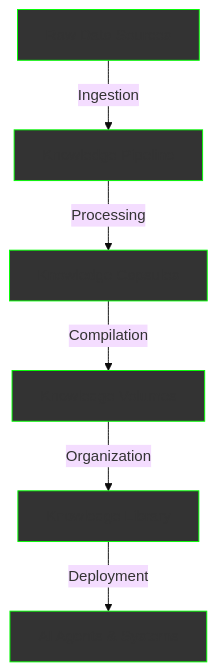
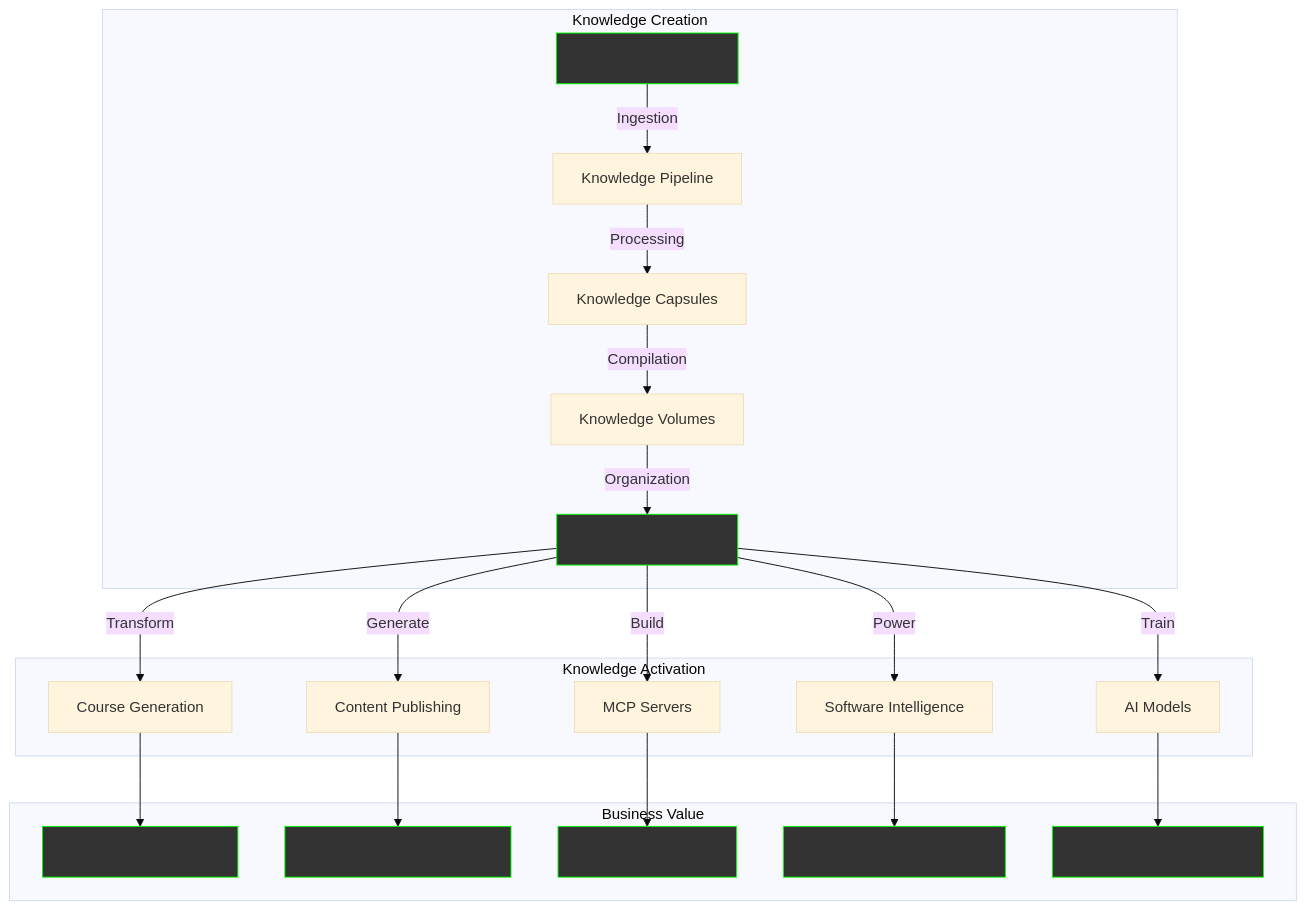
The first of 2 diagrams in content/en/business/services/_index.md (aimatrix/amx-docs), drawn with Mermaid (base theme) before and after one commit. The commit also changed other lines of this file and 7 other files, not shown here.

First line of the commit message:
Add Knowledge Activation Services and complete Services section

````diff
--- a/content/en/business/services/_index.md
+++ b/content/en/business/services/_index.md
@@ -58,15 +146,33 @@
 ```mermaid
 graph TD
-    A[Raw Data Sources] -->|Ingestion| B[Knowledge Pipeline]
-    B -->|Processing| C[Knowledge Capsules]
-    C -->|Compilation| D[Knowledge Volumes]
-    D -->|Organization| E[Knowledge Library]
-    E -->|Deployment| F[AI Agents & Systems]
+    subgraph "Knowledge Creation"
+        A[Raw Data Sources] -->|Ingestion| B[Knowledge Pipeline]
+        B -->|Processing| C[Knowledge Capsules]
+        C -->|Compilation| D[Knowledge Volumes]
+        D -->|Organization| E[Knowledge Library]
+    end
+    
+    subgraph "Knowledge Activation"
+        E -->|Transform| F[Course Generation]
+        E -->|Generate| G[Content Publishing]
+        E -->|Build| H[MCP Servers]
+        E -->|Power| I[Software Intelligence]
+        E -->|Train| J[AI Models]
+    end
+    
+    subgraph "Business Value"
+        F --> K[Training & Education]
+        G --> L[Marketing & Engagement]
+        H --> M[Customer Support]
+        I --> N[Development Excellence]
+        J --> O[Competitive Advantage]
+    end
     
     style A fill:#333,stroke:#00ff00
-    style B fill:#333,stroke:#00ff00
-    style C fill:#333,stroke:#00ff00
-    style D fill:#333,stroke:#00ff00
     style E fill:#333,stroke:#00ff00
-    style F fill:#333,stroke:#00ff00
+    style K fill:#333,stroke:#00ff00
+    style L fill:#333,stroke:#00ff00
+    style M fill:#333,stroke:#00ff00
+    style N fill:#333,stroke:#00ff00
+    style O fill:#333,stroke:#00ff00
 ```
````
